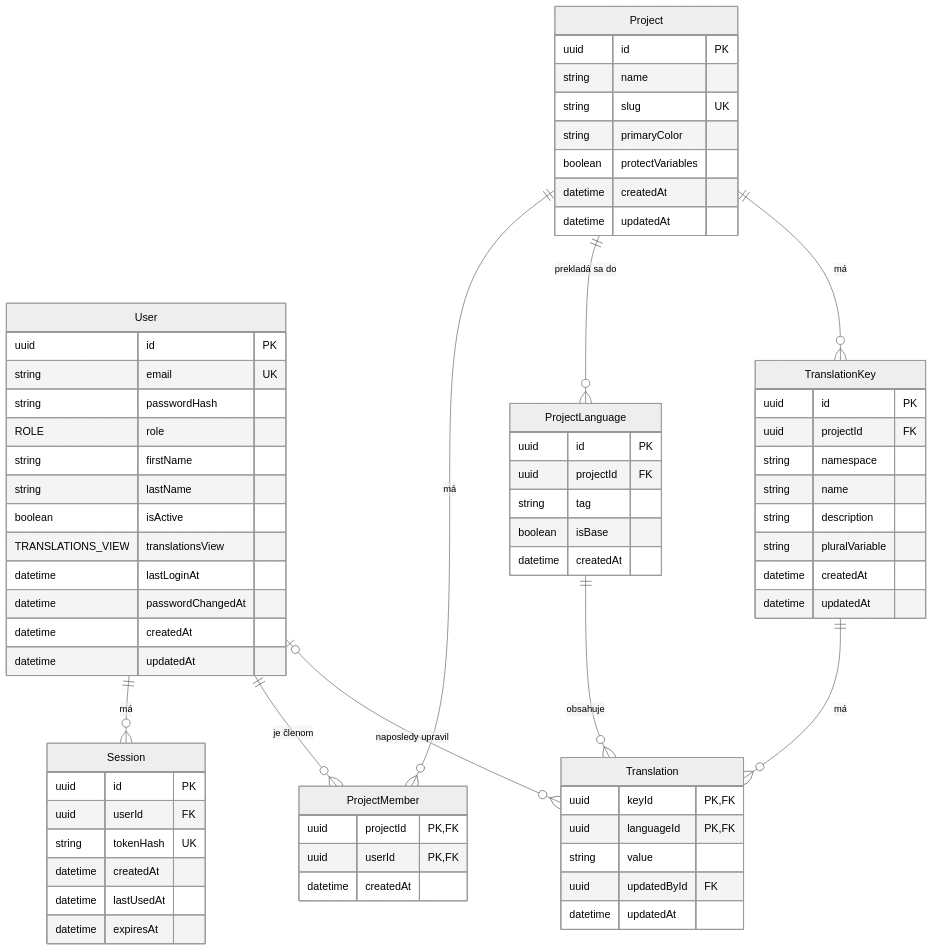
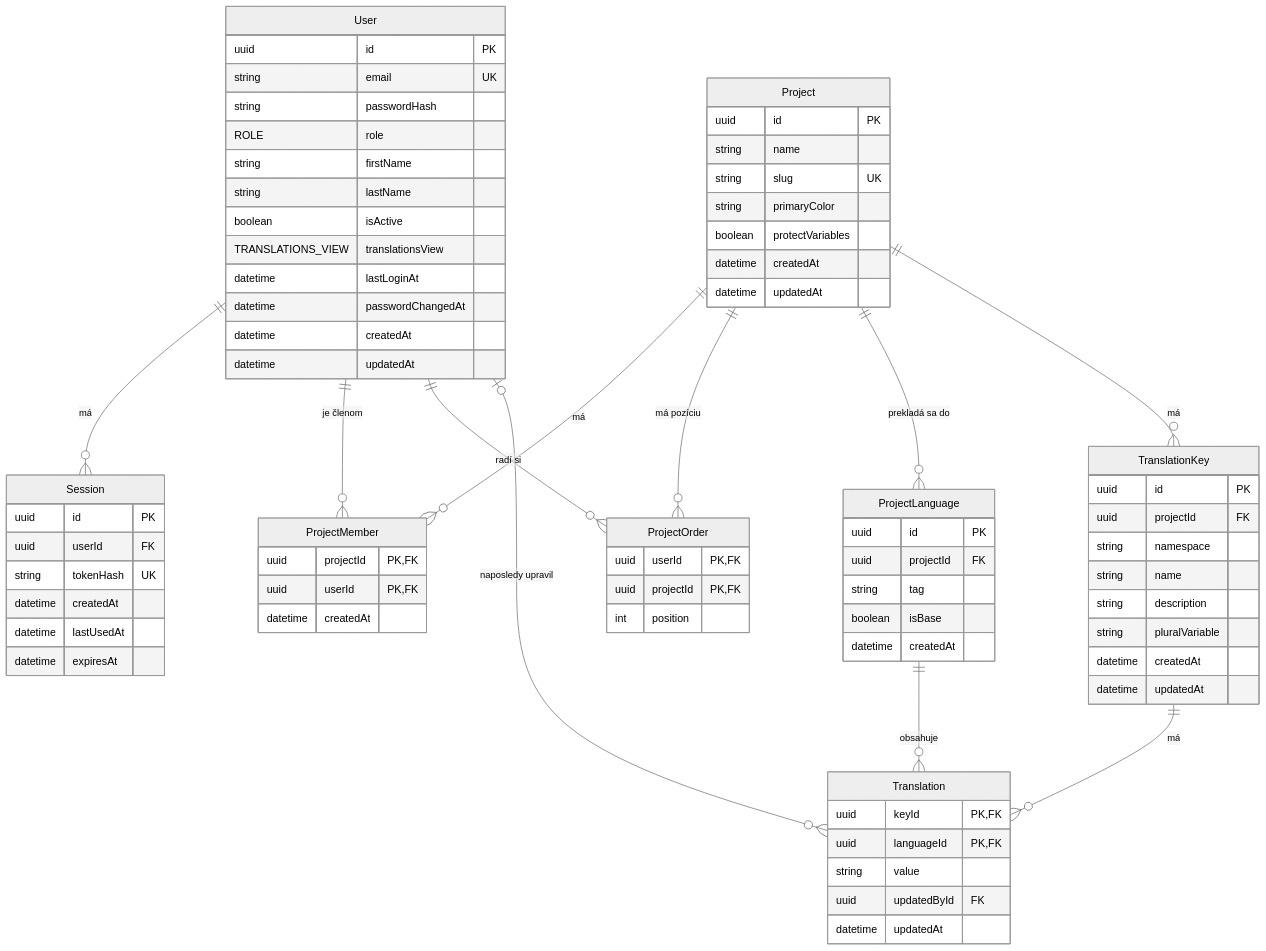
Before and after one commit to michal-bella/Locale-Admin: the diagram in docs/database.md, drawn with Mermaid (neutral theme). The commit also changed other lines of this file and 24 other files, not shown here.

First line of the commit message:
feat: per-user project order with drag and drop, nicer language picker

````diff
--- a/docs/database.md
+++ b/docs/database.md
@@ -136,71 +148,78 @@
 ```mermaid
 erDiagram
     User ||--o{ Session : "má"
     User ||--o{ ProjectMember : "je členom"
     Project ||--o{ ProjectMember : "má"
+    User ||--o{ ProjectOrder : "radí si"
+    Project ||--o{ ProjectOrder : "má pozíciu"
     Project ||--o{ ProjectLanguage : "prekladá sa do"
     Project ||--o{ TranslationKey : "má"
     TranslationKey ||--o{ Translation : "má"
     ProjectLanguage ||--o{ Translation : "obsahuje"
     User |o--o{ Translation : "naposledy upravil"
     User {
         uuid id PK
         string email UK
         string passwordHash
         ROLE role
         string firstName
         string lastName
         boolean isActive
         TRANSLATIONS_VIEW translationsView
         datetime lastLoginAt
         datetime passwordChangedAt
         datetime createdAt
         datetime updatedAt
     }
     Session {
         uuid id PK
         uuid userId FK
         string tokenHash UK
         datetime createdAt
         datetime lastUsedAt
         datetime expiresAt
     }
     ProjectLanguage {
         uuid id PK
         uuid projectId FK
         string tag
         boolean isBase
         datetime createdAt
     }
     Project {
         uuid id PK
         string name
         string slug UK
         string primaryColor
         boolean protectVariables
         datetime createdAt
         datetime updatedAt
     }
     ProjectMember {
         uuid projectId PK, FK
         uuid userId PK, FK
         datetime createdAt
     }
+    ProjectOrder {
+        uuid userId PK, FK
+        uuid projectId PK, FK
+        int position
+    }
     TranslationKey {
         uuid id PK
         uuid projectId FK
         string namespace
         string name
         string description
         string pluralVariable
         datetime createdAt
         datetime updatedAt
     }
     Translation {
         uuid keyId PK, FK
         uuid languageId PK, FK
         string value
         uuid updatedById FK
         datetime updatedAt
     }
 ```
````
